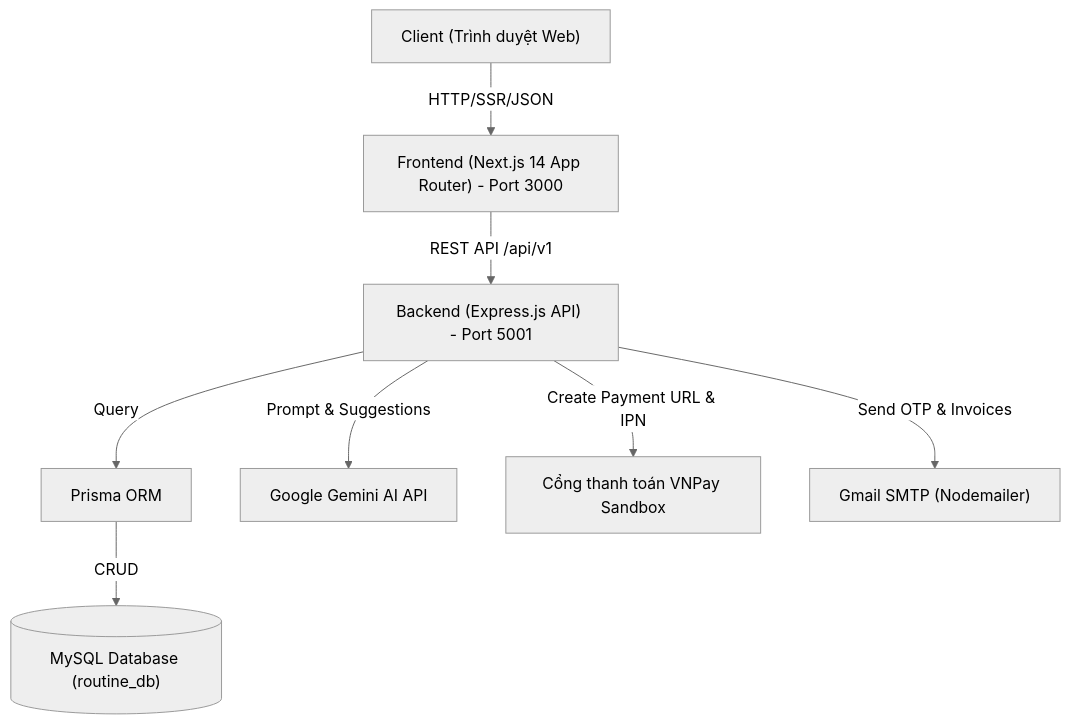
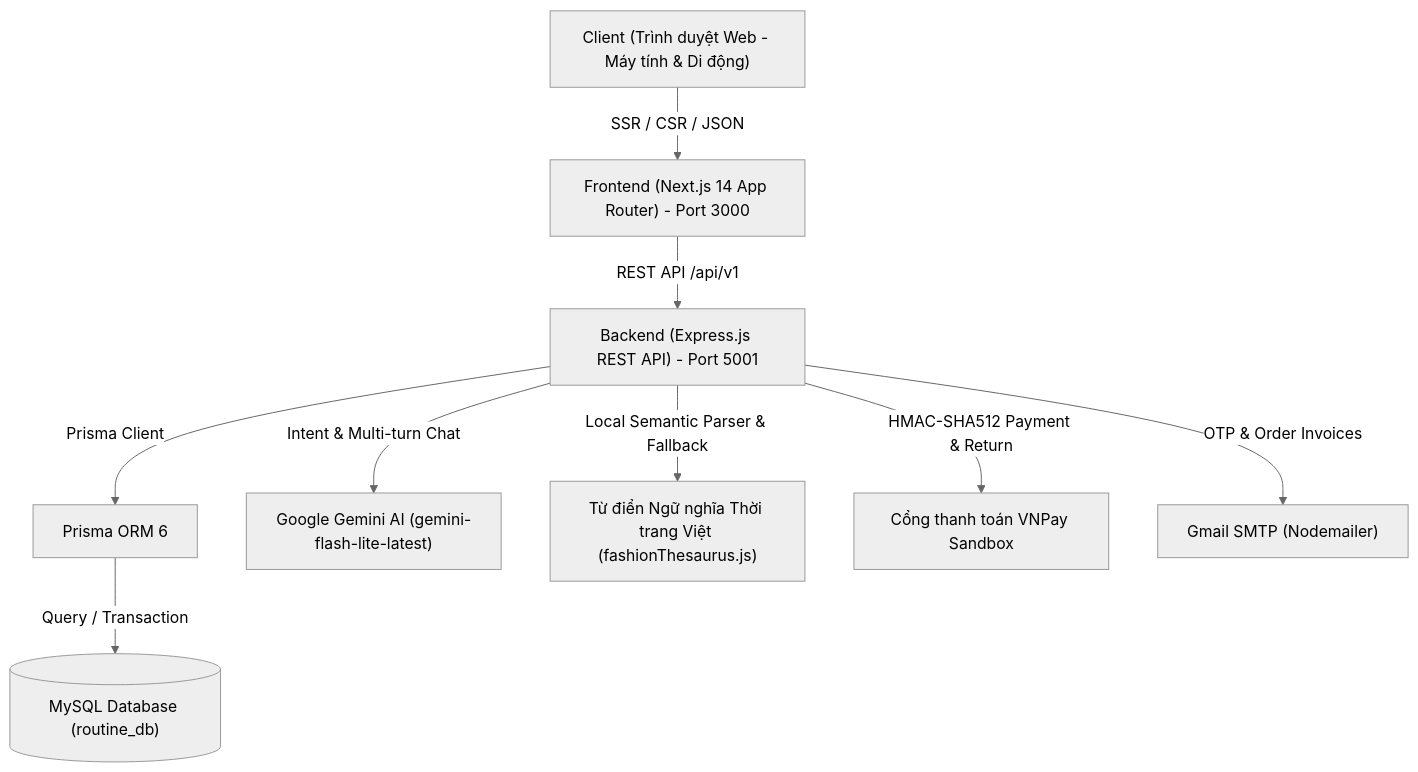
Before and after one commit to Xuananhdeptrai2109/Routine_web_demo: the diagram in README.md, drawn with Mermaid (neutral theme). The commit also changed other lines of this file and 6511 other files, not shown here.

````diff
--- a/README.md
+++ b/README.md
@@ -37,19 +45,21 @@
 ```mermaid
 graph TD
-    Client["Client (Trình duyệt Web)"]
+    Client["Client (Trình duyệt Web - Máy tính & Di động)"]
     FE["Frontend (Next.js 14 App Router) - Port 3000"]
-    BE["Backend (Express.js API) - Port 5001"]
+    BE["Backend (Express.js REST API) - Port 5001"]
     DB[("MySQL Database (routine_db)")]
-    Prisma["Prisma ORM"]
-    Gemini["Google Gemini AI API"]
+    Prisma["Prisma ORM 6"]
+    Gemini["Google Gemini AI (gemini-flash-lite-latest)"]
+    Thesaurus["Từ điển Ngữ nghĩa Thời trang Việt (fashionThesaurus.js)"]
     VNPay["Cổng thanh toán VNPay Sandbox"]
     SMTP["Gmail SMTP (Nodemailer)"]
 
-    Client -->|HTTP/SSR/JSON| FE
+    Client -->|SSR / CSR / JSON| FE
     FE -->|REST API /api/v1| BE
-    BE -->|Query| Prisma
-    Prisma -->|CRUD| DB
-    BE -->|Prompt & Suggestions| Gemini
-    BE -->|Create Payment URL & IPN| VNPay
-    BE -->|Send OTP & Invoices| SMTP
+    BE -->|Prisma Client| Prisma
+    Prisma -->|Query / Transaction| DB
+    BE -->|Intent & Multi-turn Chat| Gemini
+    BE -->|Local Semantic Parser & Fallback| Thesaurus
+    BE -->|HMAC-SHA512 Payment & Return| VNPay
+    BE -->|OTP & Order Invoices| SMTP
 ```
````
